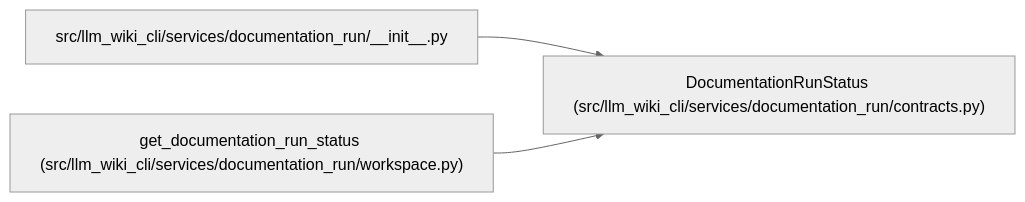
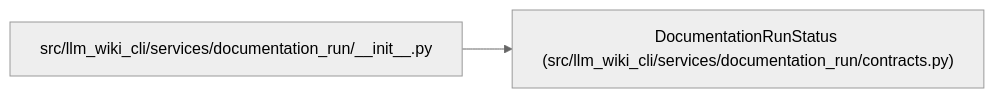
Before and after one commit to Denissvgn/python-wiki-llm: the diagram in docs/llm_wiki/entities/DocumentationRunStatus.md, drawn with Mermaid (neutral theme). The commit also changed other lines of this file and 719 other files, not shown here.

````diff
--- a/docs/llm_wiki/entities/DocumentationRunStatus.md
+++ b/docs/llm_wiki/entities/DocumentationRunStatus.md
@@ -37,11 +37,8 @@
 ```mermaid
 flowchart LR
     n0["DocumentationRunStatus (src/llm_wiki_cli/services/documentation_run/contracts.py)"]
     n1["src/llm_wiki_cli/services/documentation_run/__init__.py"]
-    n2["get_documentation_run_status (src/llm_wiki_cli/services/documentation_run/workspace.py)"]
     n1 --> n0
-    n2 --> n0
     click n0 "../modules/documentation_run_contracts.md"
     click n1 "../modules/documentation_run___init__.md"
-    click n2 "../modules/workspace.md"
 ```
````
